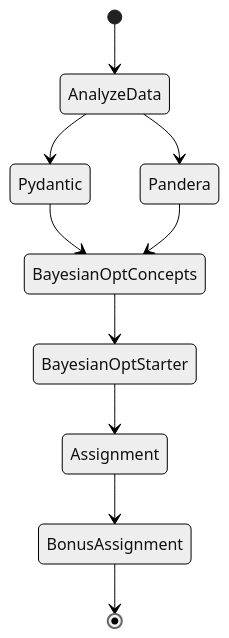
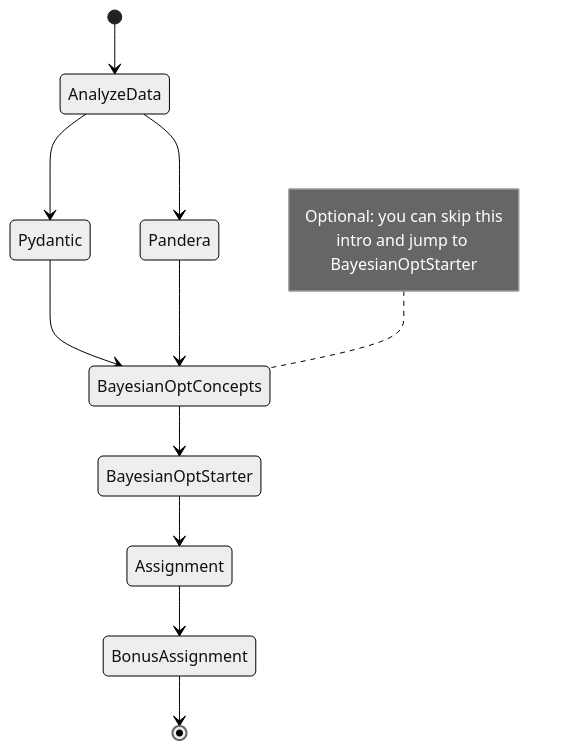
Before and after one commit to jusugac1/workshop-robust-hyperparam-tuning: the second of 2 diagrams in README.md, drawn with Mermaid (neutral theme).

Commit message:
feat: add note for intro

````diff
--- a/README.md
+++ b/README.md
@@ -86,26 +86,30 @@
 ```mermaid
-stateDiagram
-    [*] --> AnalyzeData
-    AnalyzeData --> Pydantic
-    AnalyzeData --> Pandera
-    Pydantic --> BayesianOptConcepts
-    Pandera --> BayesianOptConcepts
-    BayesianOptConcepts --> BayesianOptStarter
-    BayesianOptStarter --> Assignment
-    Assignment --> BonusAssignment
-    BonusAssignment --> [*]
+    stateDiagram
+        [*] --> AnalyzeData
+        AnalyzeData --> Pydantic
+        AnalyzeData --> Pandera
+        Pydantic --> BayesianOptConcepts
+        Pandera --> BayesianOptConcepts
+        BayesianOptConcepts --> BayesianOptStarter
+        note left of BayesianOptConcepts
+            Optional: you can skip this
+            intro and jump to BayesianOptStarter
+        end note
+        BayesianOptStarter --> Assignment
+        Assignment --> BonusAssignment
+        BonusAssignment --> [*]
 
-    click AnalyzeData "https://github.com/jusugac1/workshop-robust-hyperparam-tuning/blob/dev/notebooks/1.0-analyze-data.ipynb" "Go to EDA notebook"
+        click AnalyzeData "https://github.com/jusugac1/workshop-robust-hyperparam-tuning/blob/dev/notebooks/1.0-analyze-data.ipynb" "Go to EDA notebook"
 
-    click Pydantic "https://github.com/jusugac1/workshop-robust-hyperparam-tuning/blob/dev/notebooks/2.1-pydantic-explain.ipynb" "Go to Pydantic notebook"
+        click Pydantic "https://github.com/jusugac1/workshop-robust-hyperparam-tuning/blob/dev/notebooks/2.1-pydantic-explain.ipynb" "Go to Pydantic notebook"
 
-    click Pandera "https://github.com/jusugac1/workshop-robust-hyperparam-tuning/blob/dev/notebooks/2.2-pandera-explain.ipynb" "Go to Pandera notebook"
+        click Pandera "https://github.com/jusugac1/workshop-robust-hyperparam-tuning/blob/dev/notebooks/2.2-pandera-explain.ipynb" "Go to Pandera notebook"
 
-    click BayesianOptConcepts "https://github.com/jusugac1/workshop-robust-hyperparam-tuning/blob/dev/notebooks/3.1-bayesian-opt-explain.md" "Go to Bayesian Optimization Concepts explanation"
+        click BayesianOptConcepts "https://github.com/jusugac1/workshop-robust-hyperparam-tuning/blob/dev/notebooks/3.1-bayesian-opt-explain.md" "Go to Bayesian Optimization Concepts explanation"
 
-    click BayesianOptStarter "https://github.com/jusugac1/workshop-robust-hyperparam-tuning/blob/dev/notebooks/3.2-bayesian-opt-starter.ipynb" "Go to Bayesian Optimization tutorial"
+        click BayesianOptStarter "https://github.com/jusugac1/workshop-robust-hyperparam-tuning/blob/dev/notebooks/3.2-bayesian-opt-starter.ipynb" "Go to Bayesian Optimization tutorial"
 
-    click Assignment "https://github.com/jusugac1/workshop-robust-hyperparam-tuning/blob/dev/notebooks/assignment.ipynb" "Go to assignment"
+        click Assignment "https://github.com/jusugac1/workshop-robust-hyperparam-tuning/blob/dev/notebooks/assignment.ipynb" "Go to assignment"
 
-    click BonusAssignment "https://github.com/jusugac1/workshop-robust-hyperparam-tuning/blob/dev/notebooks/bonus-assignment.ipynb" "Go to bonus assignment"
+        click BonusAssignment "https://github.com/jusugac1/workshop-robust-hyperparam-tuning/blob/dev/notebooks/bonus-assignment.ipynb" "Go to bonus assignment"
 ```
````
